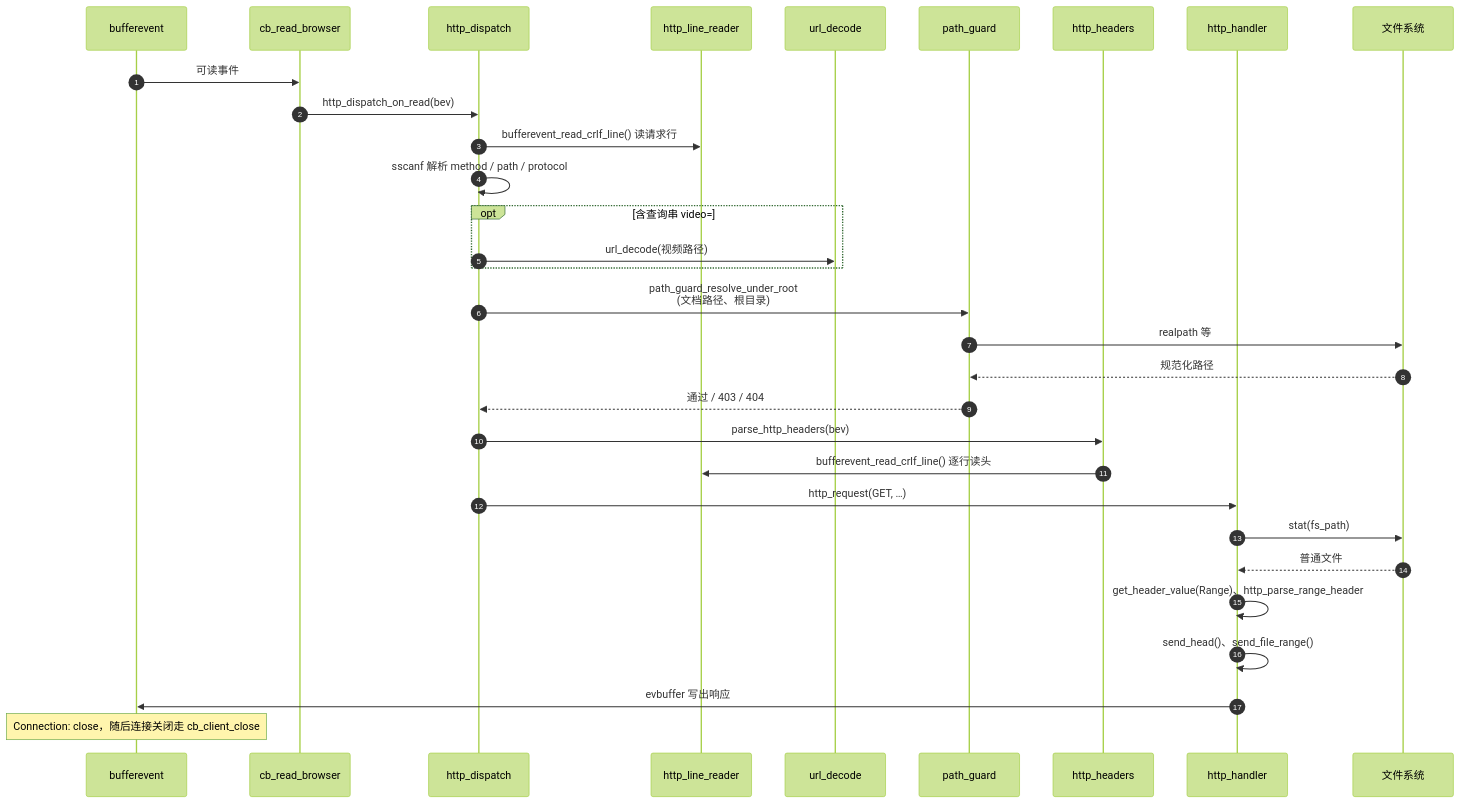
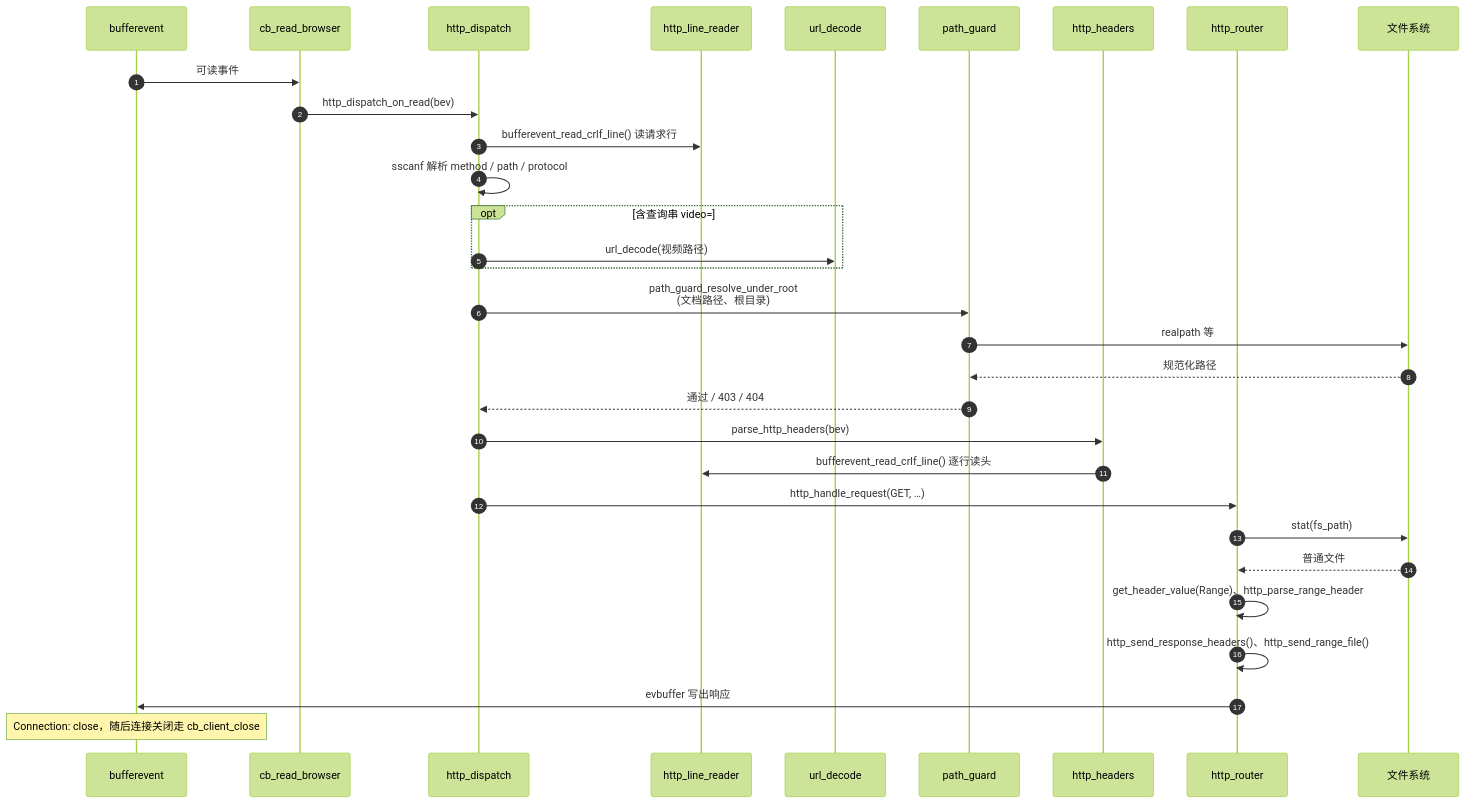
One commit to lelqwq/Linux-HTTP_File_Server changed the third of 4 diagrams in docs/sequence-diagram.md. Above: the diagram before and after it, drawn with Mermaid (forest theme). The commit also changed other lines of this file and 36 other files, not shown here.

````diff
--- a/docs/sequence-diagram.md
+++ b/docs/sequence-diagram.md
@@ -53,34 +53,34 @@
 ```mermaid
 sequenceDiagram
     autonumber
     participant BE as bufferevent
     participant CB as cb_read_browser
     participant HD as http_dispatch
     participant Line as http_line_reader
     participant URL as url_decode
     participant PG as path_guard
     participant HH as http_headers
-    participant HR as http_handler
+    participant HR as http_router
     participant FS as 文件系统
 
     BE->>CB: 可读事件
     CB->>HD: http_dispatch_on_read(bev)
     HD->>Line: bufferevent_read_crlf_line() 读请求行
     HD->>HD: sscanf 解析 method / path / protocol
     opt 含查询串 video=
         HD->>URL: url_decode(视频路径)
     end
     HD->>PG: path_guard_resolve_under_root<br/>(文档路径、根目录)
     PG->>FS: realpath 等
     FS-->>PG: 规范化路径
     PG-->>HD: 通过 / 403 / 404
     HD->>HH: parse_http_headers(bev)
     HH->>Line: bufferevent_read_crlf_line() 逐行读头
-    HD->>HR: http_request(GET, …)
+    HD->>HR: http_handle_request(GET, …)
     HR->>FS: stat(fs_path)
     FS-->>HR: 普通文件
     HR->>HR: get_header_value(Range)、http_parse_range_header
-    HR->>HR: send_head()、send_file_range()
+    HR->>HR: http_send_response_headers()、http_send_range_file()
     HR->>BE: evbuffer 写出响应
     Note over BE: Connection: close，随后连接关闭走 cb_client_close
 ```
````
